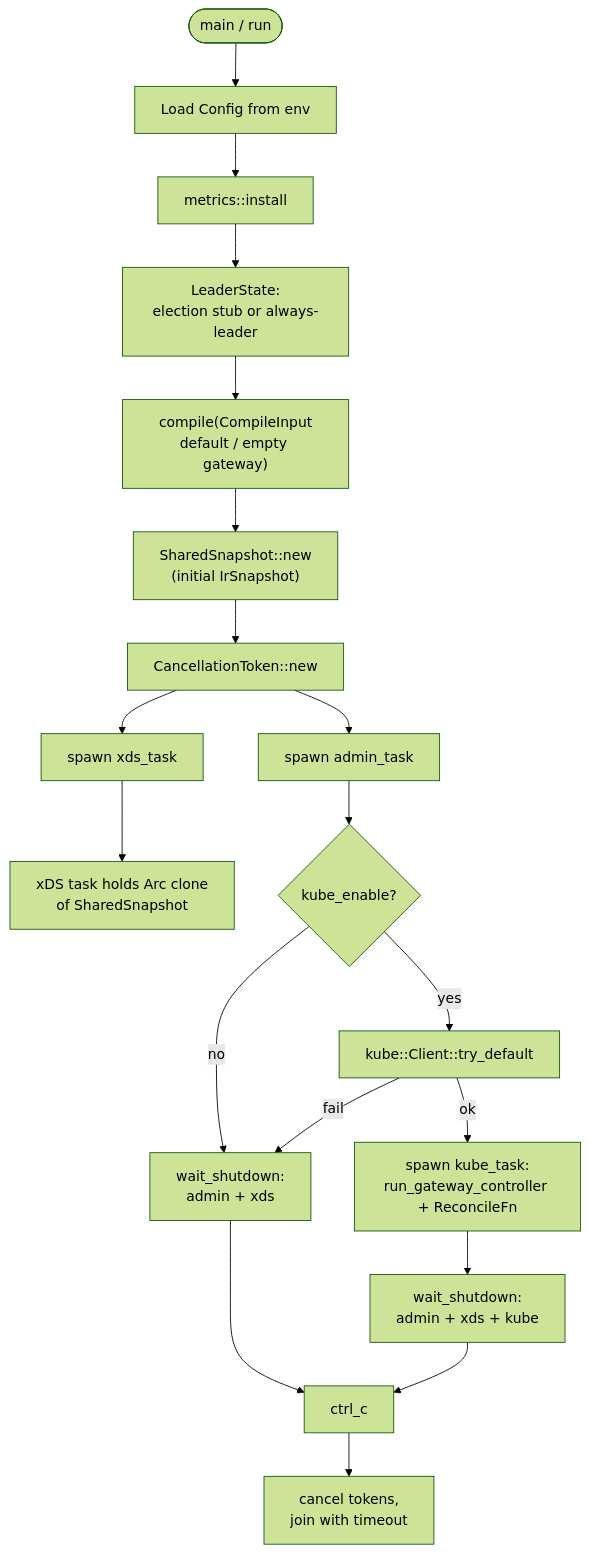
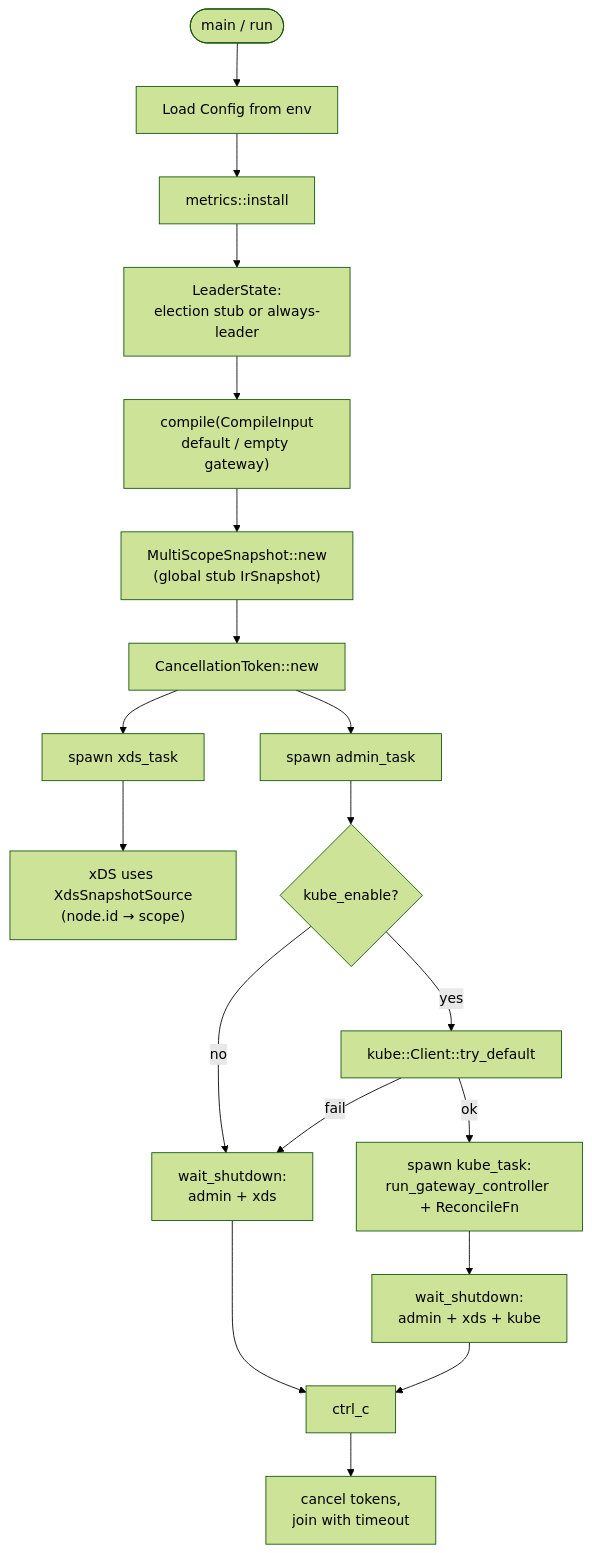
The third of 6 diagrams in docs/architecture.md (aslakknutsen/ugwc), drawn with Mermaid (forest theme) before and after one commit. The commit also changed other lines of this file and 18 other files, not shown here.

````diff
--- a/docs/architecture.md
+++ b/docs/architecture.md
@@ -92,21 +92,21 @@
 ```mermaid
 flowchart TD
     Start([main / run]) --> Config[Load Config from env]
     Config --> Metrics[metrics::install]
     Metrics --> Leader[LeaderState:\nelection stub or always-leader]
     Leader --> InitCompile["compile(CompileInput\ndefault / empty gateway)"]
-    InitCompile --> CacheCreate["SharedSnapshot::new\n(initial IrSnapshot)"]
+    InitCompile --> CacheCreate["MultiScopeSnapshot::new\n(global stub IrSnapshot)"]
     CacheCreate --> ShutdownTok["CancellationToken::new"]
     ShutdownTok --> SpawnAdmin[spawn admin_task]
     ShutdownTok --> SpawnXds[spawn xds_task]
-    SpawnXds --> CacheClone["xDS task holds Arc clone\nof SharedSnapshot"]
+    SpawnXds --> CacheClone["xDS uses XdsSnapshotSource\n(node.id → scope)"]
     SpawnAdmin --> KubeCheck{kube_enable?}
     KubeCheck -->|no| WaitOnly[wait_shutdown:\nadmin + xds]
     KubeCheck -->|yes| KubeClient[kube::Client::try_default]
     KubeClient -->|fail| WaitOnly
     KubeClient -->|ok| SpawnKube[spawn kube_task:\nrun_gateway_controller + ReconcileFn]
     SpawnKube --> WaitAll[wait_shutdown:\nadmin + xds + kube]
     WaitOnly --> Sig[ctrl_c]
     WaitAll --> Sig
     Sig --> Drain[cancel tokens,\njoin with timeout]
 ```
````
